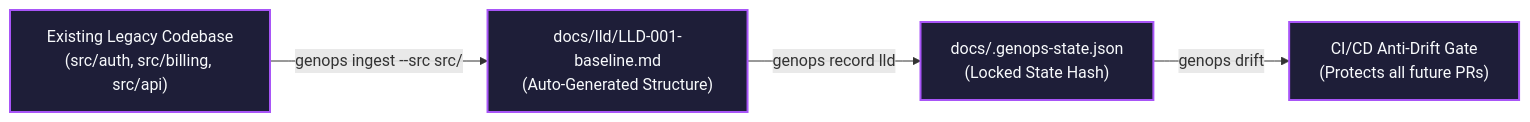
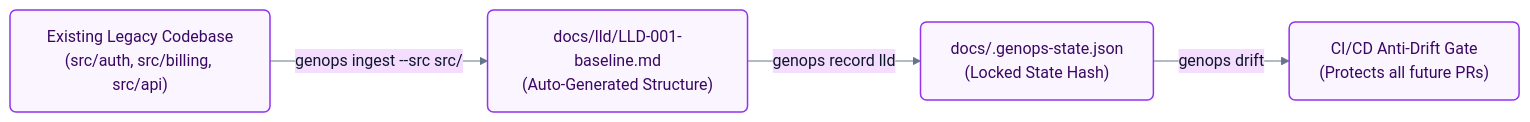
Before and after one commit to seismael/GenOps: the sixth of 8 diagrams in docs/guides/USE_CASES_AND_WORKFLOWS.md, drawn with Mermaid. The commit also changed other lines of this file and 2 other files, not shown here.

Commit message:
docs: establish ContextOps architecture with RFC-001 and documentation for usage workflows and project overview.

````diff
--- a/docs/guides/USE_CASES_AND_WORKFLOWS.md
+++ b/docs/guides/USE_CASES_AND_WORKFLOWS.md
@@ -187,9 +198,10 @@
 ```mermaid
+%%{init: {'theme': 'base', 'themeVariables': { 'fontFamily': 'Inter, system-ui, sans-serif', 'lineColor': '#64748b', 'primaryTextColor': '#0f172a' }}}%%
 flowchart LR
     SRC["Existing Legacy Codebase<br/>(src/auth, src/billing, src/api)"] -->|"genops ingest --src src/"| BASE["docs/lld/LLD-001-baseline.md<br/>(Auto-Generated Structure)"]
     BASE -->|"genops record lld"| STATE["docs/.genops-state.json<br/>(Locked State Hash)"]
     STATE -->|"genops drift"| CI["CI/CD Anti-Drift Gate<br/>(Protects all future PRs)"]
 
-    classDef ingBox fill:#1e1e38,stroke:#a855f7,stroke-width:2px,color:#f8fafc;
+    classDef ingBox fill:#faf5ff,stroke:#9333ea,stroke-width:1.5px,color:#3b0764,rx:6px,ry:6px;
     class SRC,BASE,STATE,CI ingBox;
 ```
````
